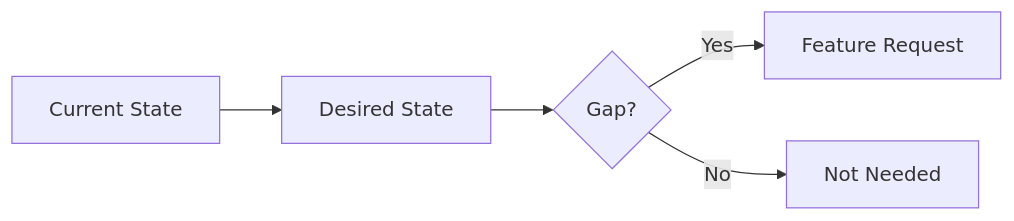
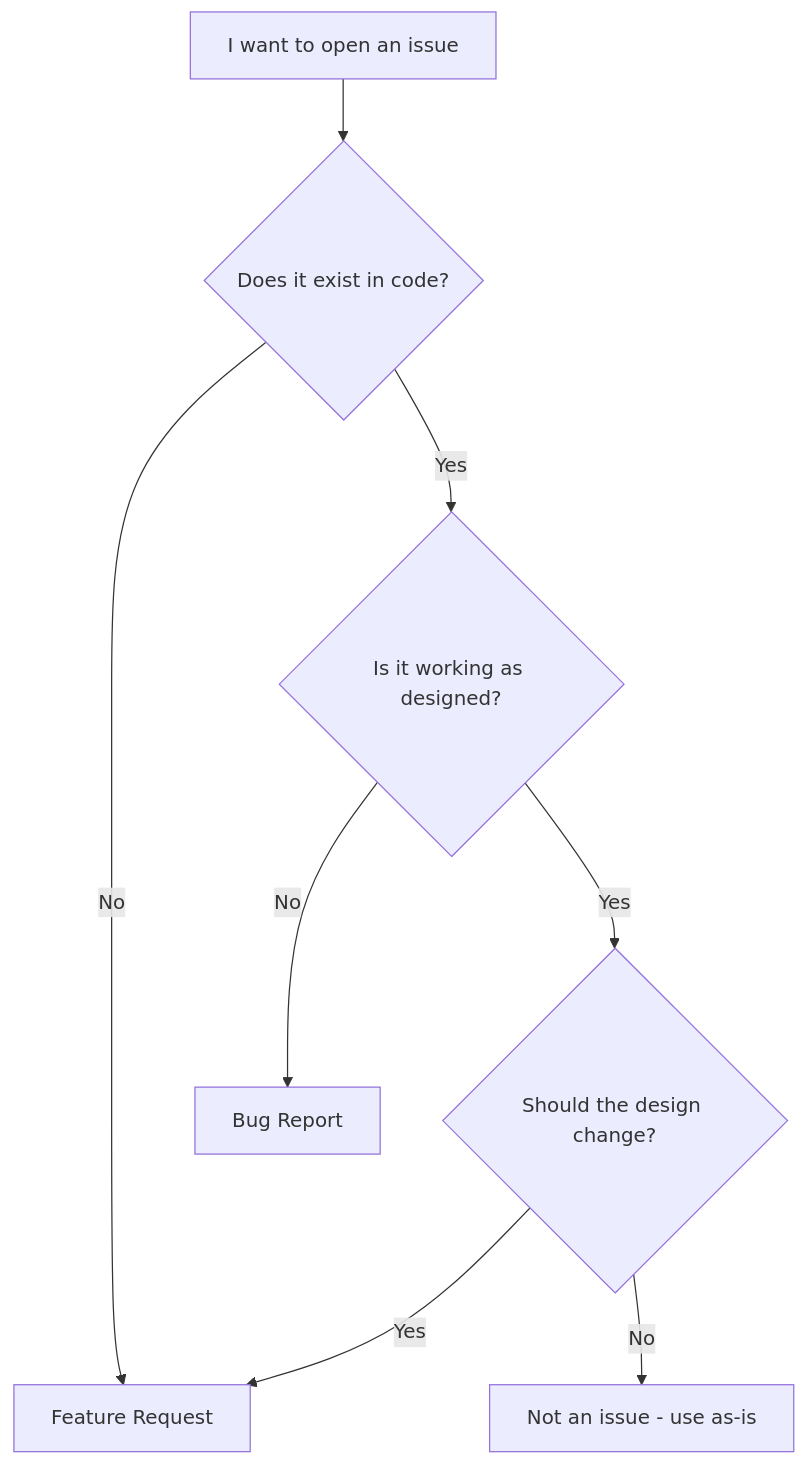
The first of 3 diagrams in content/docs/04_issues-prs/4c_issue-types.mdx (algosourceio/algosource-docs), drawn with Mermaid before and after one commit. The commit also changed other lines of this file and 68 other files, not shown here.

````diff
--- a/content/docs/04_issues-prs/4c_issue-types.mdx
+++ b/content/docs/04_issues-prs/4c_issue-types.mdx
@@ -150,7 +19,10 @@
 ```mermaid
-flowchart LR
-    A[Current State] --> B[Desired State]
-    B --> C{Gap?}
-    C -->|Yes| D[Feature Request]
-    C -->|No| E[Not Needed]
+flowchart TD
+    A[I want to open an issue] --> B{Does it exist in code?}
+    B -->|Yes| C{Is it working as designed?}
+    B -->|No| D[Feature Request]
+    C -->|Yes| E{Should the design change?}
+    C -->|No| F[Bug Report]
+    E -->|Yes| D
+    E -->|No| G[Not an issue - use as-is]
 ```
````
